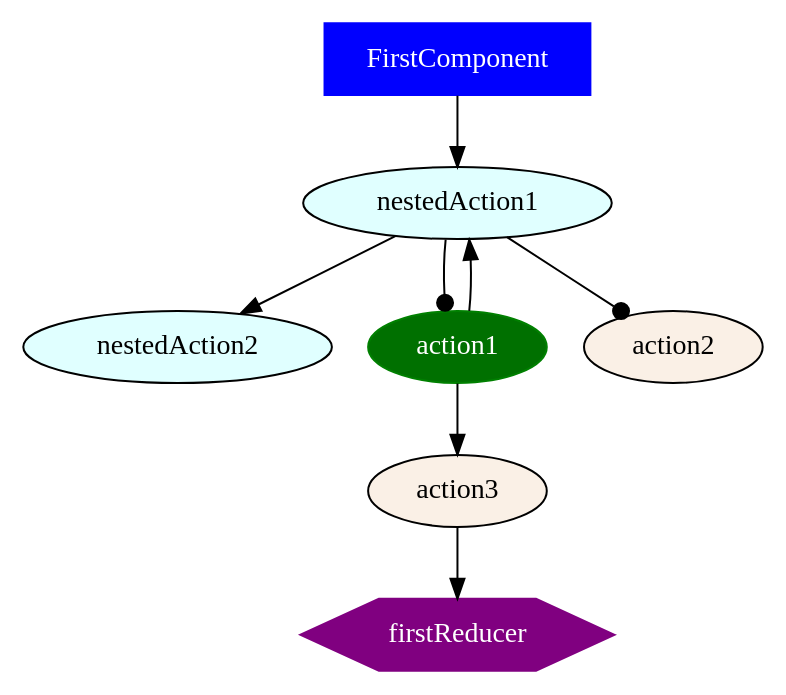
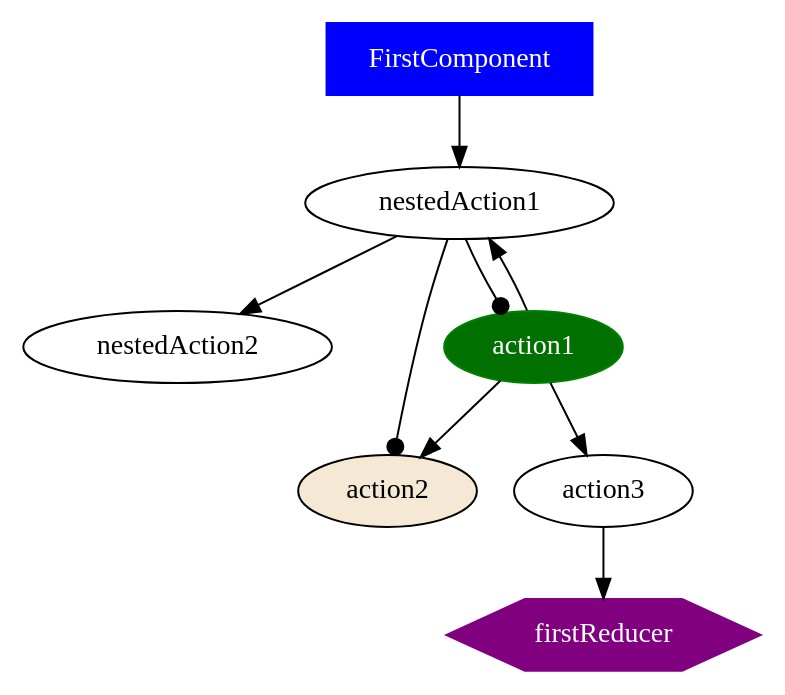
One commit to ammarnajjar/ngrx-graph changed the diagram in docs/examples/case2/out/action1.dot. Above: the diagram before and after it, drawn with Graphviz. The commit also changed 37 other files, not shown here.

```diff
--- a/docs/examples/case2/out/action1.dot
+++ b/docs/examples/case2/out/action1.dot
@@ -1,16 +1,17 @@
 digraph {
 FirstComponent [shape="box", color=blue, fillcolor=blue, fontcolor=white, style=filled]
-nestedAction1 [color=black, fillcolor=lightcyan, fontcolor=black, style=filled]
-nestedAction2 [color=black, fillcolor=lightcyan, fontcolor=black, style=filled]
+nestedAction1
+nestedAction2
 action1 [color=green, fillcolor="#007000", fontcolor=white, style=filled]
-action2 [fillcolor=linen, style=filled]
-action3 [fillcolor=linen, style=filled]
+action2 [fillcolor="#f5e9d6", style=filled]
+action3
 firstReducer [shape="hexagon", color=purple, fillcolor=purple, fontcolor=white, style=filled]
 FirstComponent -> nestedAction1
 action1 -> nestedAction1
+action1 -> action2
 action1 -> action3
 nestedAction1 -> nestedAction2
 nestedAction1 -> action1 [arrowhead=dot]
 nestedAction1 -> action2 [arrowhead=dot]
 action3 -> firstReducer
 }
```
